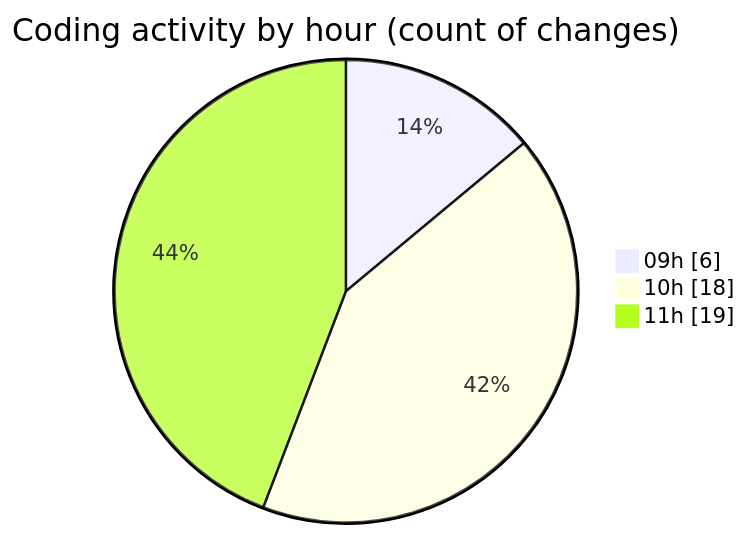
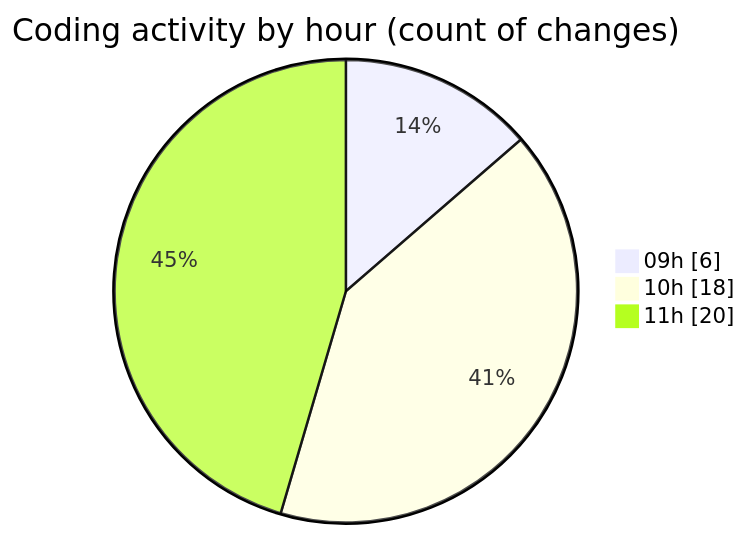
The second of 2 diagrams in 2025-06-20/cda/README.md (momahboobian/code-tracking), drawn with Mermaid before and after one commit. The commit also changed other lines of this file and 1 other file, not shown here.

````diff
--- a/2025-06-20/cda/README.md
+++ b/2025-06-20/cda/README.md
@@ -47,7 +47,7 @@
 ```mermaid
 pie showData
 title Coding activity by hour (count of changes)
 "09h" : 6
 "10h" : 18
-"11h" : 19
+"11h" : 20
 ```
````
